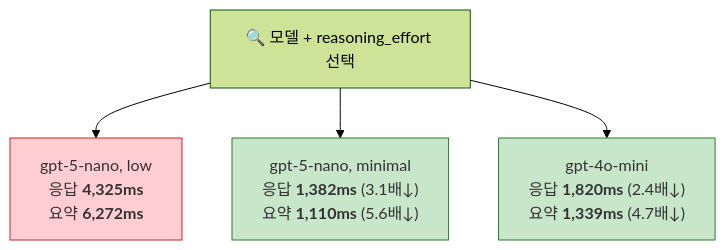
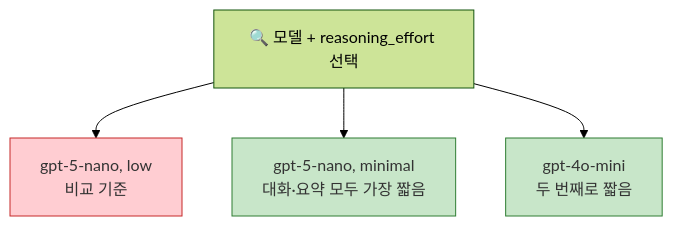
Before and after one commit to jiwon11/jiwon11.github.io: the first of 7 diagrams in _posts/2026-02-07-kotlin-coroutines-to-spring-async-performance-improvement.md, drawn with Mermaid (forest theme). The commit also changed other lines of this file and 9 other files, not shown here.

````diff
--- a/_posts/2026-02-07-kotlin-coroutines-to-spring-async-performance-improvement.md
+++ b/_posts/2026-02-07-kotlin-coroutines-to-spring-async-performance-improvement.md
@@ -115,14 +118,14 @@
 ```mermaid
 flowchart TD
     Q["🔍 모델 + reasoning_effort 선택"] --> A
     Q --> B
     Q --> C
 
-    A["gpt-5-nano, low<br>응답 <b>4,325ms</b><br>요약 <b>6,272ms</b>"]
-    B["gpt-5-nano, minimal<br>응답 <b>1,382ms</b> (3.1배↓)<br>요약 <b>1,110ms</b> (5.6배↓)"]
-    C["gpt-4o-mini<br>응답 <b>1,820ms</b> (2.4배↓)<br>요약 <b>1,339ms</b> (4.7배↓)"]
+    A["gpt-5-nano, low<br>비교 기준"]
+    B["gpt-5-nano, minimal<br>대화·요약 모두 가장 짧음"]
+    C["gpt-4o-mini<br>두 번째로 짧음"]
 
     style A fill:#FFCDD2,stroke:#C62828,color:#333
     style B fill:#C8E6C9,stroke:#2E7D32,color:#333
     style C fill:#C8E6C9,stroke:#2E7D32,color:#333
 ```
````
